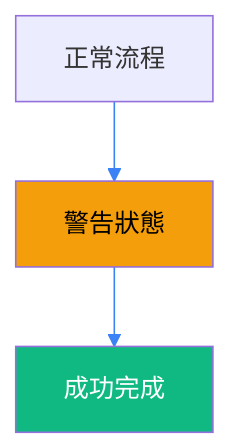
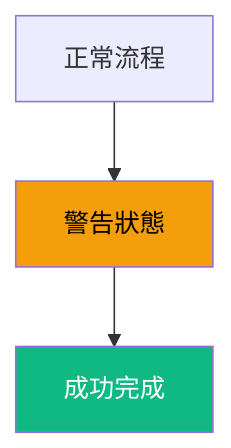
One commit to ChiahungTai/ai-rules changed diagram 12 of 17 in skills/mermaid/SKILL.md. Above: the diagram before and after it, drawn with Mermaid. The commit also changed other lines of this file, not shown here.

First line of the commit message:
refactor(mermaid): 建立 Dark/Light Theme 安全標準，實施零配置原則

````diff
--- a/skills/mermaid/SKILL.md
+++ b/skills/mermaid/SKILL.md
@@ -116,16 +287,8 @@
 ```mermaid
-%%{init: {
-  'theme': 'default',
-  'themeVariables': {
-    'lineColor': '#3b82f6',
-    'signalColor': '#f43f5e',
-    'signalTextColor': '#10b981'
-  }
-}}%%
 flowchart TD
     A[正常流程] --> B[警告狀態]
     B --> C[成功完成]
 
     style B fill:#f59e0b,color:#000000
     style C fill:#10b981,color:#ffffff
 ```
````
